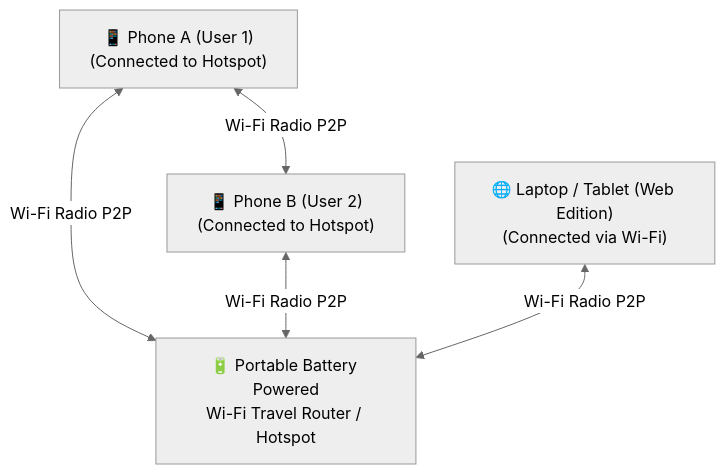
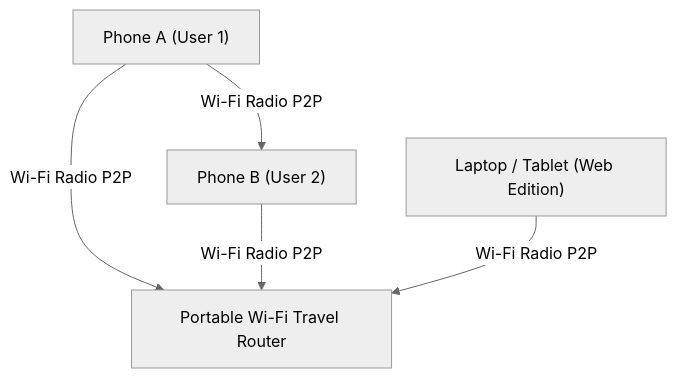
Before and after one commit to MohsinTahir4/WiFili-Messenger: the first of 2 diagrams in README.md, drawn with Mermaid (neutral theme). The commit also changed other lines of this file, not shown here.

Commit message:
Fix Mermaid diagram syntax errors in README.md by simplifying node labels and quote syntax

````diff
--- a/README.md
+++ b/README.md
@@ -26,7 +26,7 @@
 ```mermaid
 graph TD
-    A["📱 Phone A (User 1)<br>(Connected to Hotspot)"] <-->|Wi-Fi Radio P2P| B["📱 Phone B (User 2)<br>(Connected to Hotspot)"]
-    A <-->|Wi-Fi Radio P2P| C["🔋 Portable Battery Powered<br>Wi-Fi Travel Router / Hotspot"]
-    B <-->|Wi-Fi Radio P2P| C
-    D["🌐 Laptop / Tablet (Web Edition)<br>(Connected via Wi-Fi)"] <-->|Wi-Fi Radio P2P| C
+    A["Phone A (User 1)"] -->|"Wi-Fi Radio P2P"| B["Phone B (User 2)"]
+    A -->|"Wi-Fi Radio P2P"| C["Portable Wi-Fi Travel Router"]
+    B -->|"Wi-Fi Radio P2P"| C
+    D["Laptop / Tablet (Web Edition)"] -->|"Wi-Fi Radio P2P"| C
 ```
````
